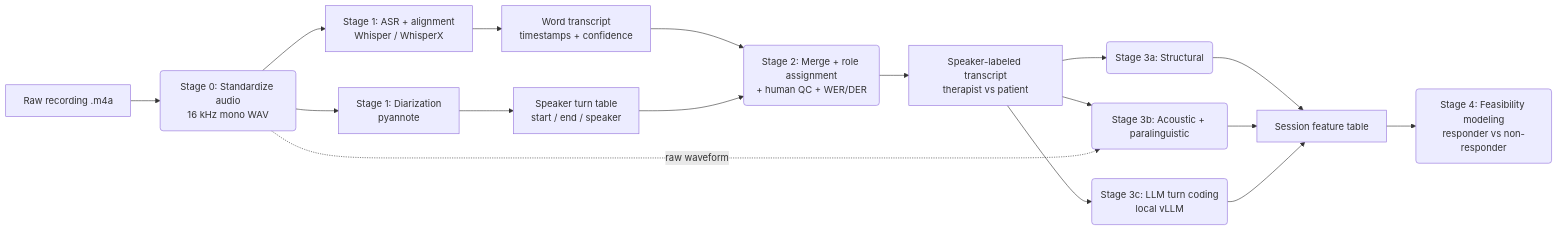
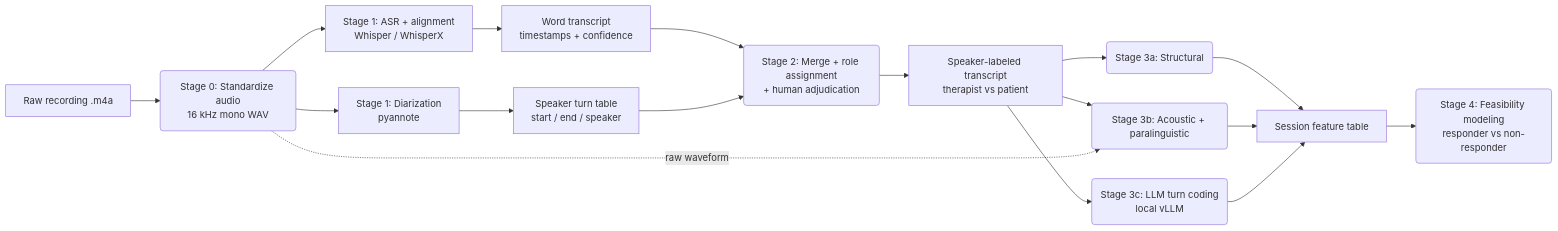
The diagram in research/PSYCH-ASR/README.md (Pirate-Hunter-Zoro/Atlas), drawn with Mermaid before and after one commit. The commit also changed other lines of this file and 30 other files, not shown here.

````diff
--- a/research/PSYCH-ASR/README.md
+++ b/research/PSYCH-ASR/README.md
@@ -148,19 +69,19 @@
 ```mermaid
 graph LR
     A[Raw recording .m4a] --> B(Stage 0: Standardize audio<br/>16 kHz mono WAV)
     B --> C[Stage 1: ASR + alignment<br/>Whisper / WhisperX]
     B --> D[Stage 1: Diarization<br/>pyannote]
     C --> E[Word transcript<br/>timestamps + confidence]
     D --> F[Speaker turn table<br/>start / end / speaker]
-    E --> G(Stage 2: Merge + role assignment<br/>+ human QC + WER/DER)
+    E --> G(Stage 2: Merge + role assignment<br/>+ human adjudication)
     F --> G
     G --> H[Speaker-labeled transcript<br/>therapist vs patient]
     H --> I1(Stage 3a: Structural)
     H --> I2(Stage 3b: Acoustic + paralinguistic)
     B -. raw waveform .-> I2
     H --> I3(Stage 3c: LLM turn coding<br/>local vLLM)
     I1 --> J[Session feature table]
     I2 --> J
     I3 --> J
     J --> K(Stage 4: Feasibility modeling<br/>responder vs non-responder)
 ```
````
